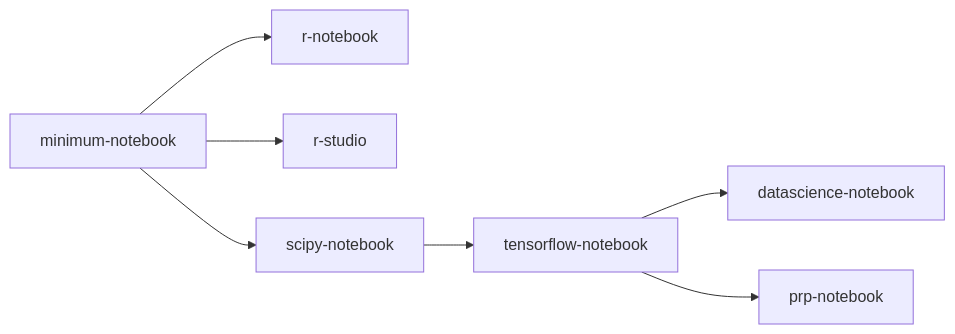
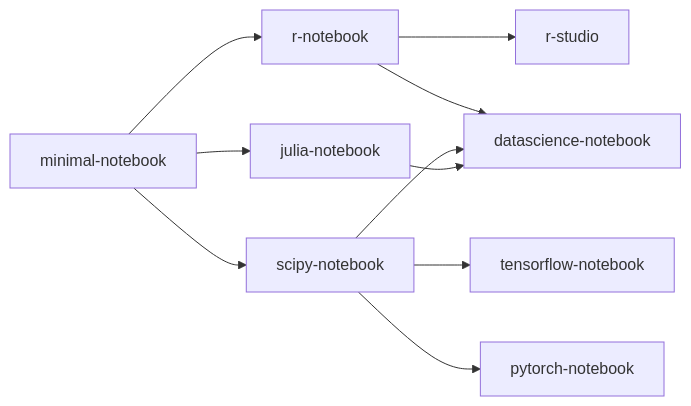
Before and after one commit to SDSU-Research-CI/SDSU-Research-CI.github.io: the first of 2 diagrams in docs/instructionalcluster/availableimages.md, drawn with Mermaid. The commit also changed other lines of this file and 2 other files, not shown here.

````diff
--- a/docs/instructionalcluster/availableimages.md
+++ b/docs/instructionalcluster/availableimages.md
@@ -33,7 +37,21 @@
 ```mermaid
 graph LR;
-    A[minimum-notebook]-->B[r-notebook];
-    A-->G[r-studio];
-    A-->C[scipy-notebook]-->D[tensorflow-notebook]-->E[datascience-notebook];
-    D-->F[prp-notebook];
+    A[minimal-notebook]
+    B[r-notebook]
+    C[scipy-notebook]
+    D[tensorflow-notebook]
+    E[datascience-notebook]
+    F[pytorch-notebook]
+    G[julia-notebook]
+    H[r-studio]
+
+    A --> B
+    A --> C
+    A --> G
+    B --> H
+    B --> E
+    C --> E
+    C --> D
+    C --> F
+    G --> E
 ```
````
